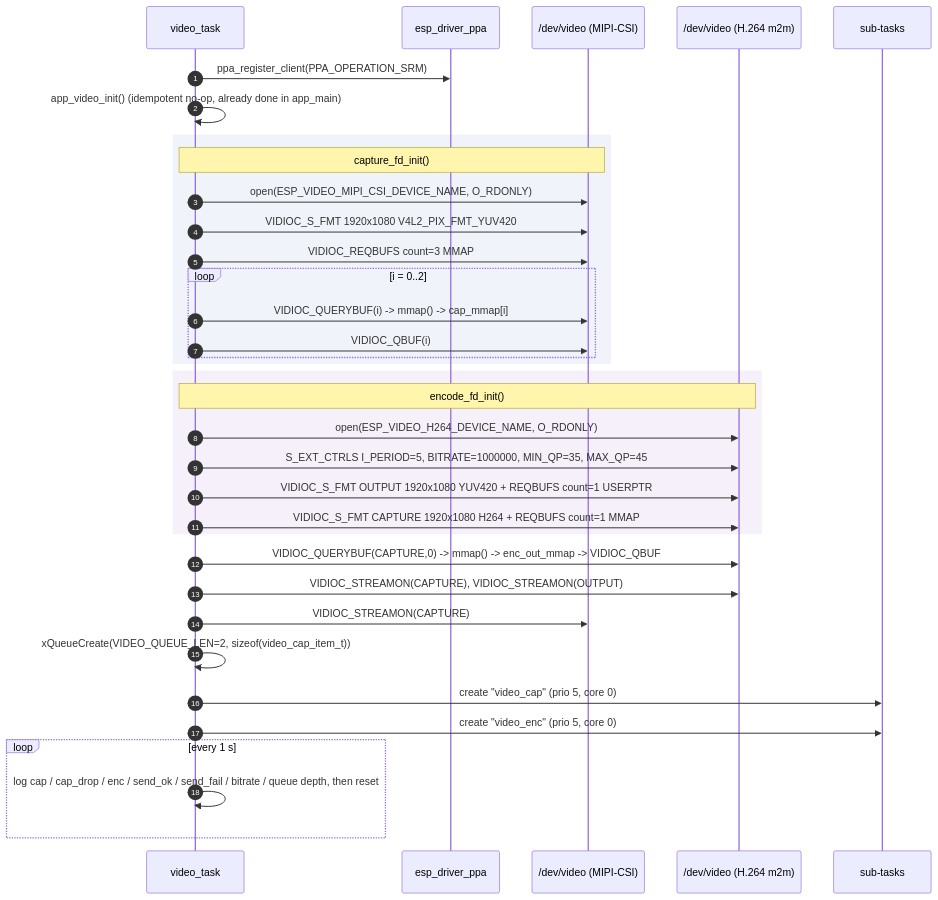
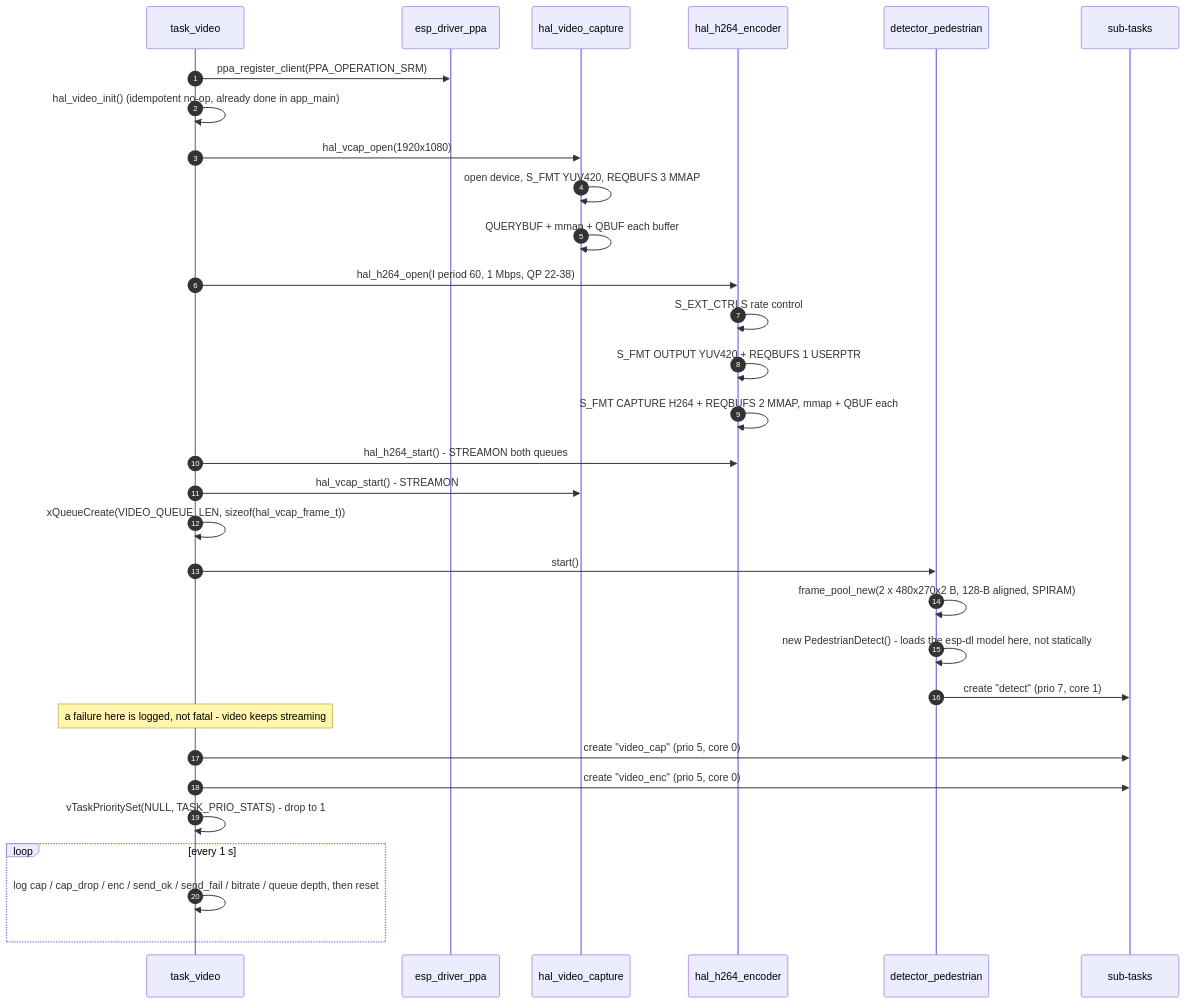
One commit to thanhbinh89/esp32-ipc changed the fifth of 6 diagrams in ARCHITECTURE.md. Above: the diagram before and after it, drawn with Mermaid. The commit also changed other lines of this file and 45 other files, not shown here.

First line of the commit message:
[UPDATE]: Implement video capture and encoding task

````diff
--- a/ARCHITECTURE.md
+++ b/ARCHITECTURE.md
@@ -307,42 +308,40 @@
 ```mermaid
 sequenceDiagram
     autonumber
-    participant VT as video_task
+    participant TV as task_video
     participant PPA as esp_driver_ppa
-    participant CAP as /dev/video (MIPI-CSI)
-    participant ENC as /dev/video (H.264 m2m)
+    participant CAP as hal_video_capture
+    participant ENC as hal_h264_encoder
+    participant DET as detector_pedestrian
     participant SUB as sub-tasks
 
-    VT->>PPA: ppa_register_client(PPA_OPERATION_SRM)
-    VT->>VT: app_video_init() (idempotent no-op, already done in app_main)
+    TV->>PPA: ppa_register_client(PPA_OPERATION_SRM)
+    TV->>TV: hal_video_init() (idempotent no-op, already done in app_main)
 
-    rect rgb(240,244,250)
-        Note over VT,CAP: capture_fd_init()
-        VT->>CAP: open(ESP_VIDEO_MIPI_CSI_DEVICE_NAME, O_RDONLY)
-        VT->>CAP: VIDIOC_S_FMT 1920x1080 V4L2_PIX_FMT_YUV420
-        VT->>CAP: VIDIOC_REQBUFS count=3 MMAP
-        loop i = 0..2
-            VT->>CAP: VIDIOC_QUERYBUF(i) -> mmap() -> cap_mmap[i]
-            VT->>CAP: VIDIOC_QBUF(i)
-        end
-    end
+    TV->>CAP: hal_vcap_open(1920x1080)
+    CAP->>CAP: open device, S_FMT YUV420, REQBUFS 3 MMAP
+    CAP->>CAP: QUERYBUF + mmap + QBUF each buffer
 
-    rect rgb(245,240,250)
-        Note over VT,ENC: encode_fd_init()
-        VT->>ENC: open(ESP_VIDEO_H264_DEVICE_NAME, O_RDONLY)
-        VT->>ENC: S_EXT_CTRLS I_PERIOD=5, BITRATE=1000000, MIN_QP=35, MAX_QP=45
-        VT->>ENC: VIDIOC_S_FMT OUTPUT 1920x1080 YUV420 + REQBUFS count=1 USERPTR
-        VT->>ENC: VIDIOC_S_FMT CAPTURE 1920x1080 H264 + REQBUFS count=1 MMAP
-    end
+    TV->>ENC: hal_h264_open(I period 60, 1 Mbps, QP 22-38)
+    ENC->>ENC: S_EXT_CTRLS rate control
+    ENC->>ENC: S_FMT OUTPUT YUV420 + REQBUFS 1 USERPTR
+    ENC->>ENC: S_FMT CAPTURE H264 + REQBUFS 2 MMAP, mmap + QBUF each
 
-    VT->>ENC: VIDIOC_QUERYBUF(CAPTURE,0) -> mmap() -> enc_out_mmap -> VIDIOC_QBUF
-    VT->>ENC: VIDIOC_STREAMON(CAPTURE), VIDIOC_STREAMON(OUTPUT)
-    VT->>CAP: VIDIOC_STREAMON(CAPTURE)
-    VT->>VT: xQueueCreate(VIDEO_QUEUE_LEN=2, sizeof(video_cap_item_t))
-    VT->>SUB: create "video_cap" (prio 5, core 0)
-    VT->>SUB: create "video_enc" (prio 5, core 0)
+    TV->>ENC: hal_h264_start() - STREAMON both queues
+    TV->>CAP: hal_vcap_start() - STREAMON
+    TV->>TV: xQueueCreate(VIDEO_QUEUE_LEN, sizeof(hal_vcap_frame_t))
+
+    TV->>DET: start()
+    DET->>DET: frame_pool_new(2 x 480x270x2 B, 128-B aligned, SPIRAM)
+    DET->>DET: new PedestrianDetect() - loads the esp-dl model here, not statically
+    DET->>SUB: create "detect" (prio 7, core 1)
+    Note over TV: a failure here is logged, not fatal - video keeps streaming
+
+    TV->>SUB: create "video_cap" (prio 5, core 0)
+    TV->>SUB: create "video_enc" (prio 5, core 0)
+    TV->>TV: vTaskPrioritySet(NULL, TASK_PRIO_STATS) - drop to 1
 
     loop every 1 s
-        VT->>VT: log cap / cap_drop / enc / send_ok / send_fail / bitrate / queue depth, then reset
+        TV->>TV: log cap / cap_drop / enc / send_ok / send_fail / bitrate / queue depth, then reset
     end
 ```
````
